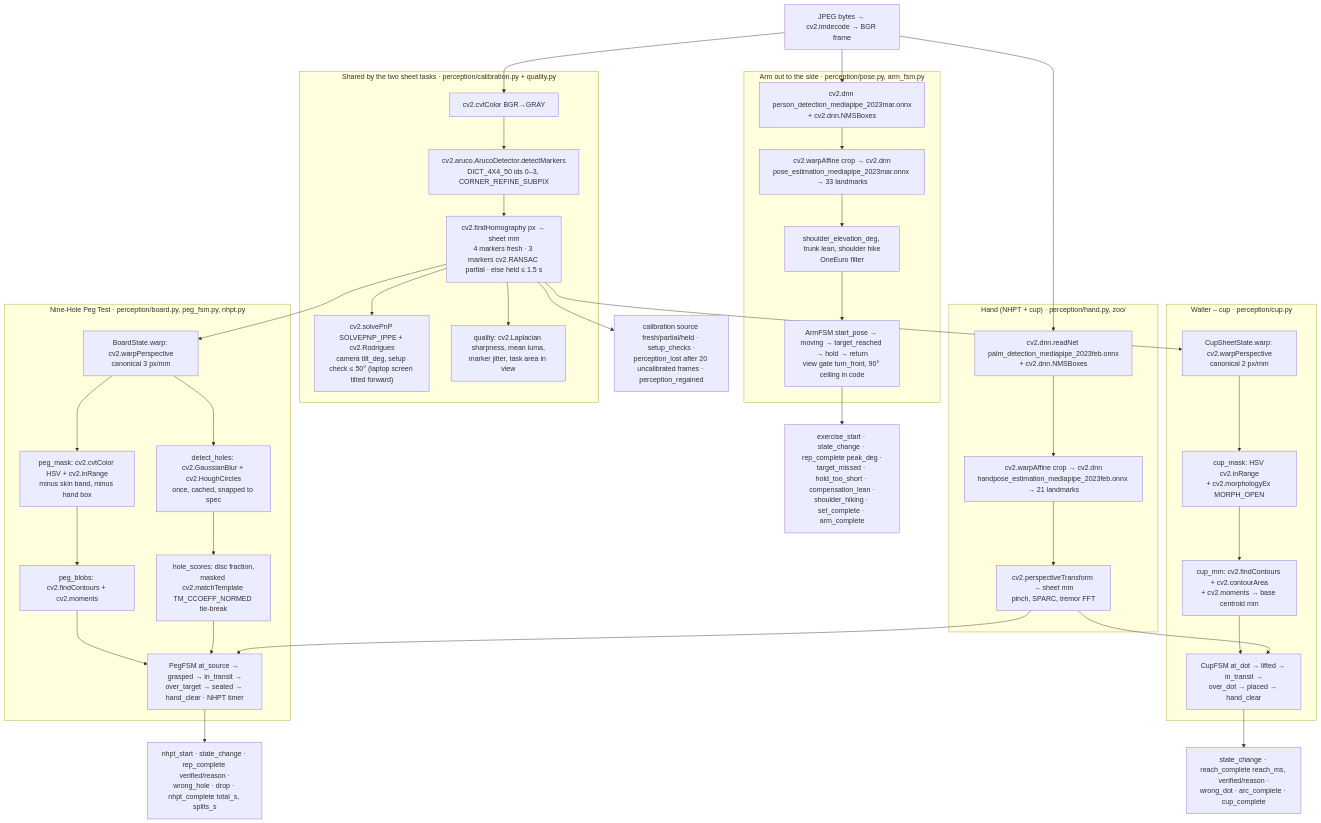
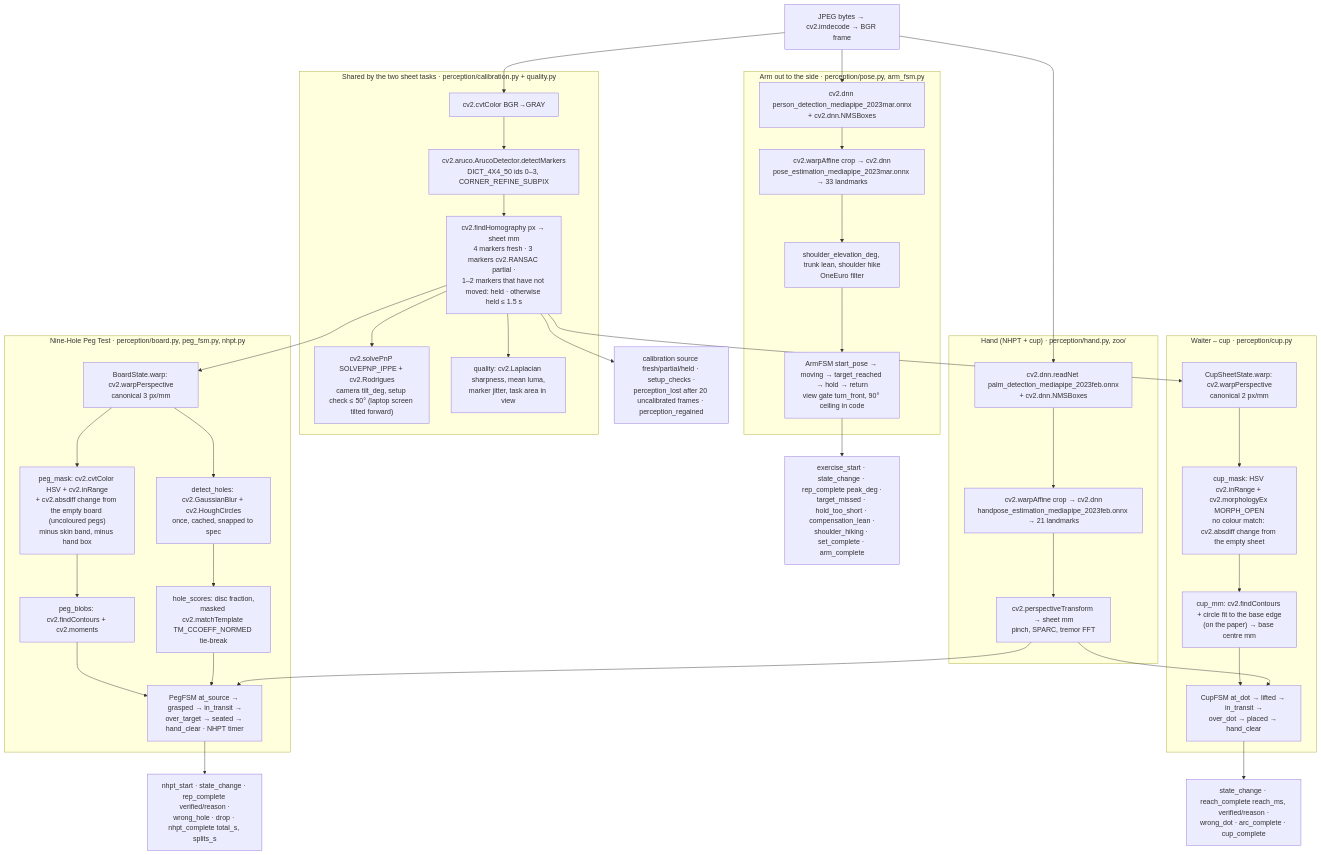
One commit to Sathvik609/Praxis changed the second of 4 diagrams in docs/ARCHITECTURE.md. Above: the diagram before and after it, drawn with Mermaid. The commit also changed other lines of this file and 10 other files, not shown here.

````diff
--- a/docs/ARCHITECTURE.md
+++ b/docs/ARCHITECTURE.md
@@ -112,62 +112,62 @@
 ```mermaid
 flowchart TB
     IN["JPEG bytes → cv2.imdecode → BGR frame"]
 
     subgraph SHEET["Shared by the two sheet tasks · perception/calibration.py + quality.py"]
         A1["cv2.cvtColor BGR→GRAY"]
         A2["cv2.aruco.ArucoDetector.detectMarkers<br/>DICT_4X4_50 ids 0–3, CORNER_REFINE_SUBPIX"]
-        A3["cv2.findHomography px → sheet mm<br/>4 markers fresh · 3 markers cv2.RANSAC partial · else held ≤ 1.5 s"]
+        A3["cv2.findHomography px → sheet mm<br/>4 markers fresh · 3 markers cv2.RANSAC partial ·<br/>1–2 markers that have not moved: held · otherwise held ≤ 1.5 s"]
         A4["cv2.solvePnP SOLVEPNP_IPPE + cv2.Rodrigues<br/>camera tilt_deg, setup check ≤ 50° (laptop screen tilted forward)"]
         A5["quality: cv2.Laplacian sharpness, mean luma,<br/>marker jitter, task area in view"]
         A1 --> A2 --> A3 --> A4
         A3 --> A5
     end
 
     subgraph NHPT["Nine-Hole Peg Test · perception/board.py, peg_fsm.py, nhpt.py"]
         N1["BoardState.warp: cv2.warpPerspective<br/>canonical 3 px/mm"]
         N2["detect_holes: cv2.GaussianBlur + cv2.HoughCircles<br/>once, cached, snapped to spec"]
-        N3["peg_mask: cv2.cvtColor HSV + cv2.inRange<br/>minus skin band, minus hand box"]
+        N3["peg_mask: cv2.cvtColor HSV + cv2.inRange<br/>+ cv2.absdiff change from the empty board (uncoloured pegs)<br/>minus skin band, minus hand box"]
         N4["peg_blobs: cv2.findContours + cv2.moments"]
         N5["hole_scores: disc fraction,<br/>masked cv2.matchTemplate TM_CCOEFF_NORMED tie-break"]
         N6["PegFSM at_source → grasped → in_transit →<br/>over_target → seated → hand_clear · NHPT timer"]
         N1 --> N2 --> N5
         N1 --> N3 --> N4 --> N6
         N5 --> N6
     end
 
     subgraph CUPS["Waiter – cup · perception/cup.py"]
         C1["CupSheetState.warp: cv2.warpPerspective<br/>canonical 2 px/mm"]
-        C2["cup_mask: HSV cv2.inRange<br/>+ cv2.morphologyEx MORPH_OPEN"]
-        C3["cup_mm: cv2.findContours + cv2.contourArea<br/>+ cv2.moments → base centroid mm"]
+        C2["cup_mask: HSV cv2.inRange + cv2.morphologyEx MORPH_OPEN<br/>no colour match: cv2.absdiff change from the empty sheet"]
+        C3["cup_mm: cv2.findContours + circle fit to the base edge<br/>(on the paper) → base centre mm"]
         C4["CupFSM at_dot → lifted → in_transit →<br/>over_dot → placed → hand_clear"]
         C1 --> C2 --> C3 --> C4
     end
 
     subgraph HANDS["Hand (NHPT + cup) · perception/hand.py, zoo/"]
         H1["cv2.dnn.readNet palm_detection_mediapipe_2023feb.onnx<br/>+ cv2.dnn.NMSBoxes"]
         H2["cv2.warpAffine crop → cv2.dnn<br/>handpose_estimation_mediapipe_2023feb.onnx → 21 landmarks"]
         H3["cv2.perspectiveTransform → sheet mm<br/>pinch, SPARC, tremor FFT"]
         H1 --> H2 --> H3
     end
 
     subgraph ARM["Arm out to the side · perception/pose.py, arm_fsm.py"]
         P1["cv2.dnn person_detection_mediapipe_2023mar.onnx<br/>+ cv2.dnn.NMSBoxes"]
         P2["cv2.warpAffine crop → cv2.dnn<br/>pose_estimation_mediapipe_2023mar.onnx → 33 landmarks"]
         P3["shoulder_elevation_deg, trunk lean, shoulder hike<br/>OneEuro filter"]
         P4["ArmFSM start_pose → moving → target_reached → hold → return<br/>view gate turn_front, 90° ceiling in code"]
         P1 --> P2 --> P3 --> P4
     end
 
     IN --> A1
     IN --> H1
     IN --> P1
     A3 --> N1
     A3 --> C1
     H3 --> N6
     H3 --> C4
 
     N6 --> EN["nhpt_start · state_change · rep_complete verified/reason ·<br/>wrong_hole · drop · nhpt_complete total_s, splits_s"]
     C4 --> EC["state_change · reach_complete reach_ms, verified/reason ·<br/>wrong_dot · arc_complete · cup_complete"]
     P4 --> EA["exercise_start · state_change · rep_complete peak_deg ·<br/>target_missed · hold_too_short · compensation_lean ·<br/>shoulder_hiking · set_complete · arm_complete"]
     A3 --> EP["calibration source fresh/partial/held · setup_checks ·<br/>perception_lost after 20 uncalibrated frames · perception_regained"]
 ```
````
